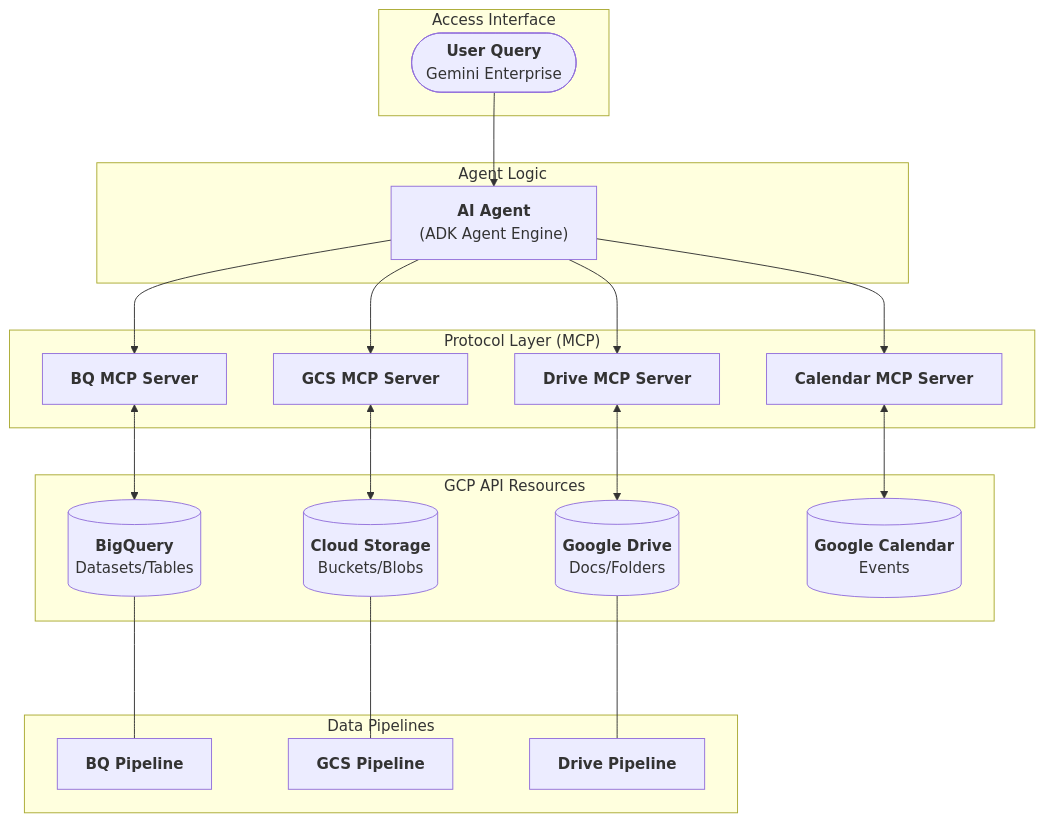
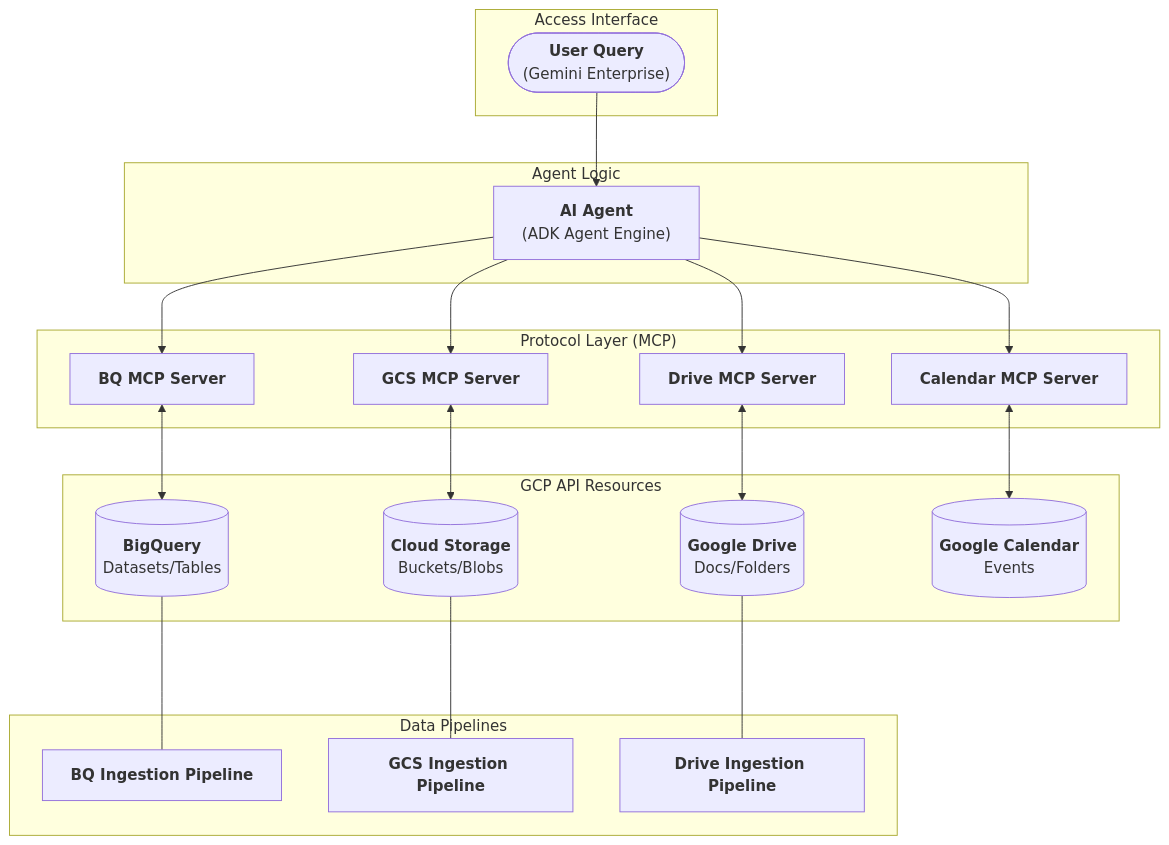
Before and after one commit to eamadorm-endava/Research-Agent: the diagram in README.md, drawn with Mermaid. The commit also changed other lines of this file and 1 other file, not shown here.

````diff
--- a/README.md
+++ b/README.md
@@ -34,47 +34,47 @@
 ```mermaid
 graph TD
     subgraph Entry ["Access Interface"]
-        User(["<b>User Query</b><br/>Gemini Enterprise"])
+        User(["<b>User Query</b><br/>(Gemini Enterprise)"])
     end
 
     subgraph Core ["Agent Logic"]
         Agent["<b>AI Agent</b><br/>(ADK Agent Engine)"]
     end
 
     subgraph Gateway ["Protocol Layer (MCP)"]
         BQ_MCP["<b>BQ MCP Server</b>"]
         GCS_MCP["<b>GCS MCP Server</b>"]
         Drive_MCP["<b>Drive MCP Server</b>"]
         Calendar_MCP["<b>Calendar MCP Server</b>"]
     end
 
     subgraph Service ["GCP API Resources"]
         BQ_Res[("<b>BigQuery</b><br/>Datasets/Tables")]
         GCS_Res[("<b>Cloud Storage</b><br/>Buckets/Blobs")]
         Drive_Res[("<b>Google Drive</b><br/>Docs/Folders")]
         Calendar_Res[("<b>Google Calendar</b><br/>Events")]
     end
 
     subgraph Processing ["Data Pipelines"]
-        BQ_Pipe["<b>BQ Pipeline</b>"]
-        GCS_Pipe["<b>GCS Pipeline</b>"]
-        Drive_Pipe["<b>Drive Pipeline</b>"]
+        BQ_Pipe["<b>BQ Ingestion Pipeline</b>"]
+        GCS_Pipe["<b>GCS Ingestion Pipeline</b>"]
+        Drive_Pipe["<b>Drive Ingestion Pipeline</b>"]
     end
 
     %% Flow through MCP
     User --> Agent
     Agent --> BQ_MCP
     Agent --> GCS_MCP
     Agent --> Drive_MCP
     Agent --> Calendar_MCP
 
     BQ_MCP <--> BQ_Res
     GCS_MCP <--> GCS_Res
     Drive_MCP <--> Drive_Res
     Calendar_MCP <--> Calendar_Res
 
     %% Ingestion Flow (visually below Databases)
     BQ_Res <--- BQ_Pipe
     GCS_Res <--- GCS_Pipe
     Drive_Res <--- Drive_Pipe
 ```
````
